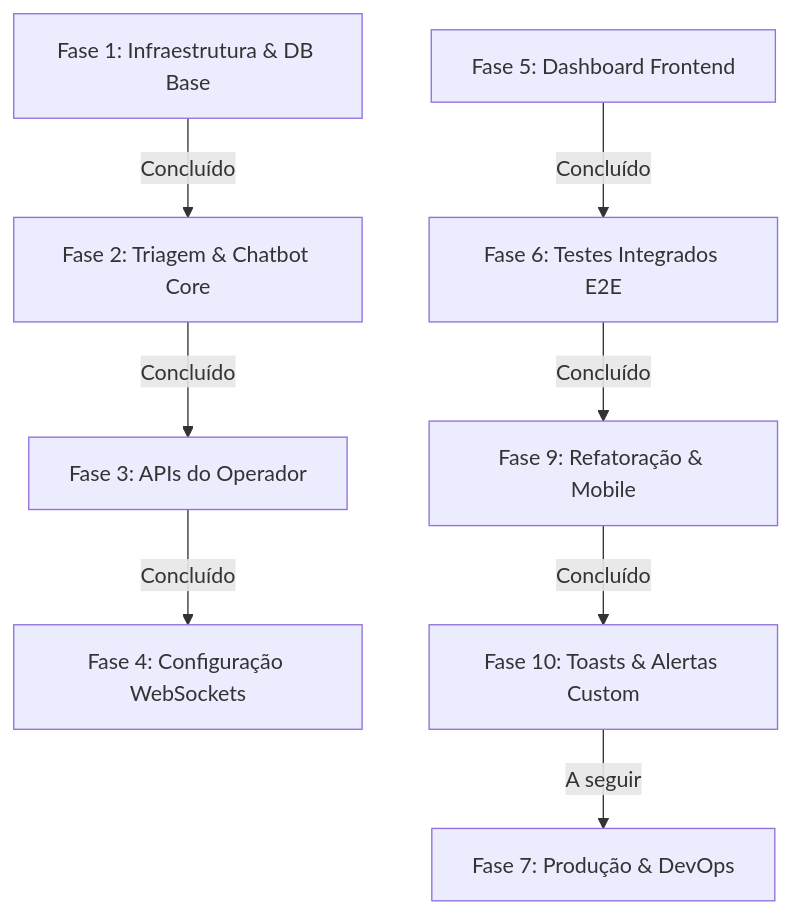
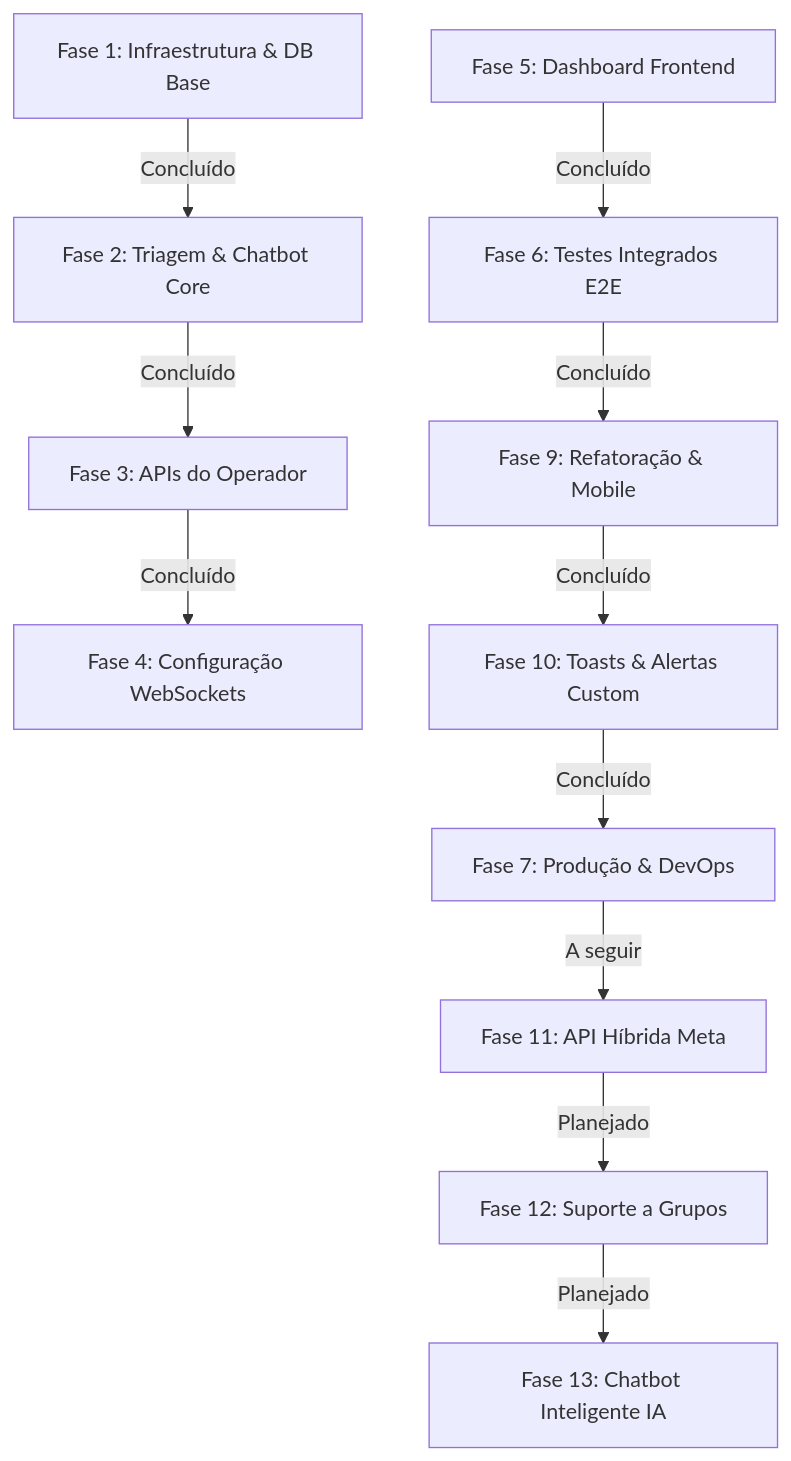
One commit to Randygomesdev/Setoriza changed the diagram in docs/roadmap.md. Above: the diagram before and after it, drawn with Mermaid. The commit also changed other lines of this file, not shown here.

Commit message:
docs: add new phases to roadmap (Meta API, groups, AI)

````diff
--- a/docs/roadmap.md
+++ b/docs/roadmap.md
@@ -9,10 +9,13 @@
 ```mermaid
 graph TD
     Phase1[Fase 1: Infraestrutura & DB Base] -->|Concluído| Phase2[Fase 2: Triagem & Chatbot Core]
     Phase2 -->|Concluído| Phase3[Fase 3: APIs do Operador]
     Phase3 -->|Concluído| Phase4[Fase 4: Configuração WebSockets]
     Phase5[Fase 5: Dashboard Frontend] -->|Concluído| Phase6[Fase 6: Testes Integrados E2E]
     Phase6 -->|Concluído| Phase9[Fase 9: Refatoração & Mobile]
     Phase9 -->|Concluído| Phase10[Fase 10: Toasts & Alertas Custom]
-    Phase10 -->|A seguir| Phase7[Fase 7: Produção & DevOps]
+    Phase10 -->|Concluído| Phase7[Fase 7: Produção & DevOps]
+    Phase7 -->|A seguir| Phase11[Fase 11: API Híbrida Meta]
+    Phase11 -->|Planejado| Phase12[Fase 12: Suporte a Grupos]
+    Phase12 -->|Planejado| Phase13[Fase 13: Chatbot Inteligente IA]
 ```
````
